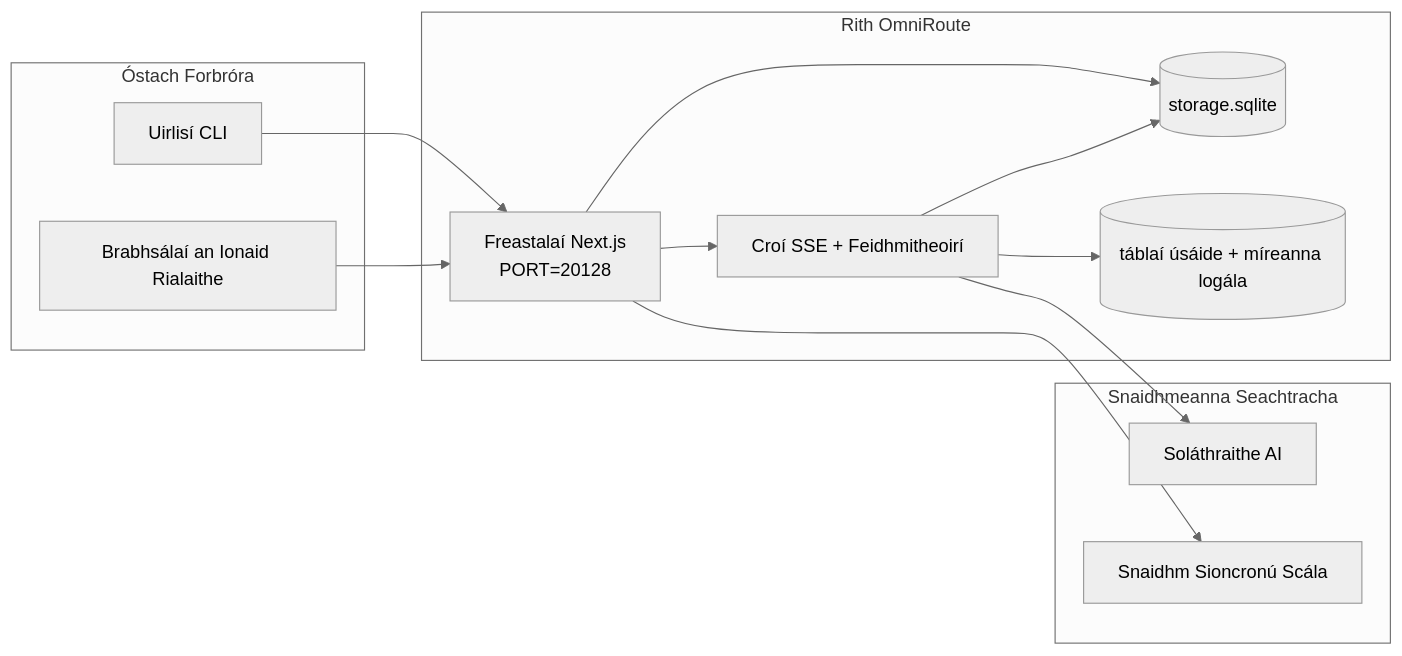
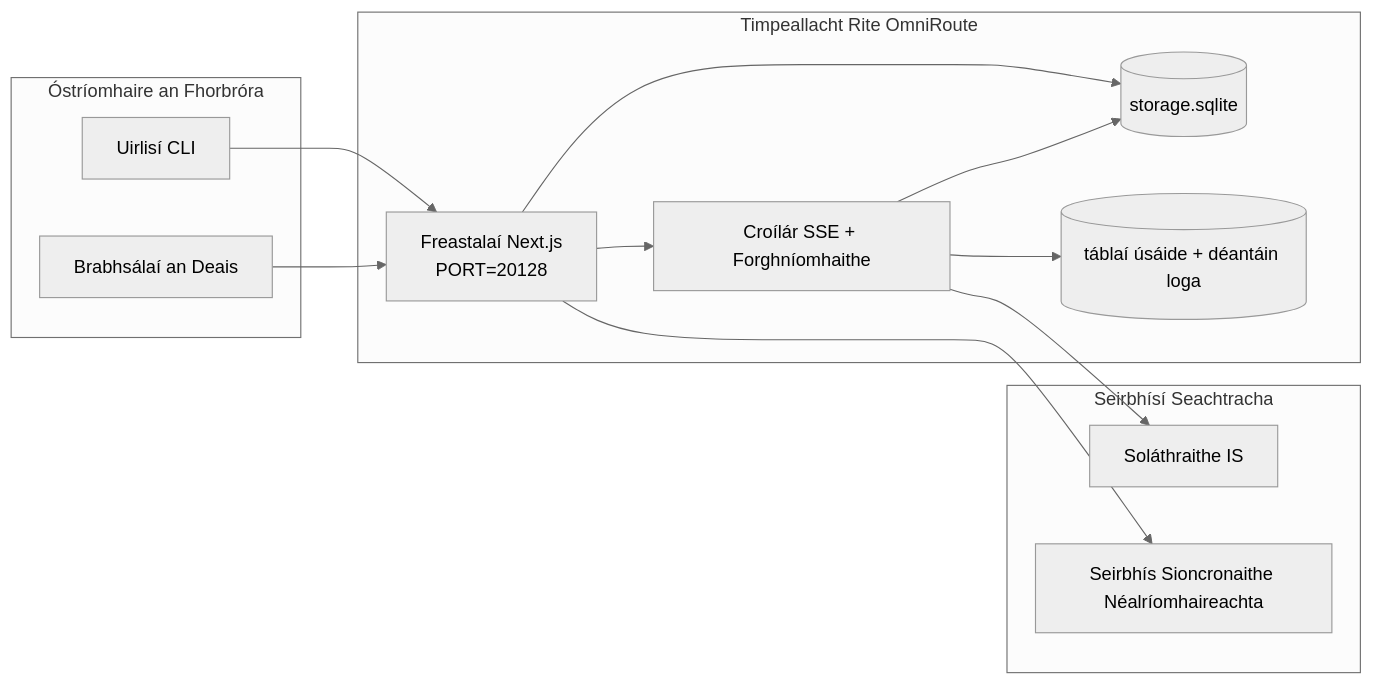
One commit to Abhijeet1520/OmniRoute changed the seventh of 7 diagrams in docs/i18n/ga/docs/architecture/ARCHITECTURE.md. Above: the diagram before and after it, drawn with Mermaid (neutral theme). The commit also changed other lines of this file and 1154 other files, not shown here.

````diff
--- a/docs/i18n/ga/docs/architecture/ARCHITECTURE.md
+++ b/docs/i18n/ga/docs/architecture/ARCHITECTURE.md
@@ -817,28 +809,28 @@
 ```mermaid
 flowchart LR
-    subgraph LocalHost[Óstach Forbróra]
+    subgraph LocalHost[Óstríomhaire an Fhorbróra]
         CLI[Uirlisí CLI]
-        Browser[Brabhsálaí an Ionaid Rialaithe]
+        Browser[Brabhsálaí an Deais]
     end
 
-    subgraph ContainerOrProcess[Rith OmniRoute]
+    subgraph ContainerOrProcess[Timpeallacht Rite OmniRoute]
         Next[Freastalaí Next.js\nPORT=20128]
-        Core[Croí SSE + Feidhmitheoirí]
+        Core[Croílár SSE + Forghníomhaithe]
         MainDB[(storage.sqlite)]
-        UsageDB[(táblaí úsáide + míreanna logála)]
+        UsageDB[(táblaí úsáide + déantáin loga)]
     end
 
-    subgraph External[Snaidhmeanna Seachtracha]
-        Providers[Soláthraithe AI]
-        SyncCloud[Snaidhm Sioncronú Scála]
+    subgraph External[Seirbhísí Seachtracha]
+        Providers[Soláthraithe IS]
+        SyncCloud[Seirbhís Sioncronaithe Néalríomhaireachta]
     end
 
     CLI --> Next
     Browser --> Next
     Next --> Core
     Next --> MainDB
     Core --> MainDB
     Core --> UsageDB
     Core --> Providers
     Next --> SyncCloud
 ```
````
